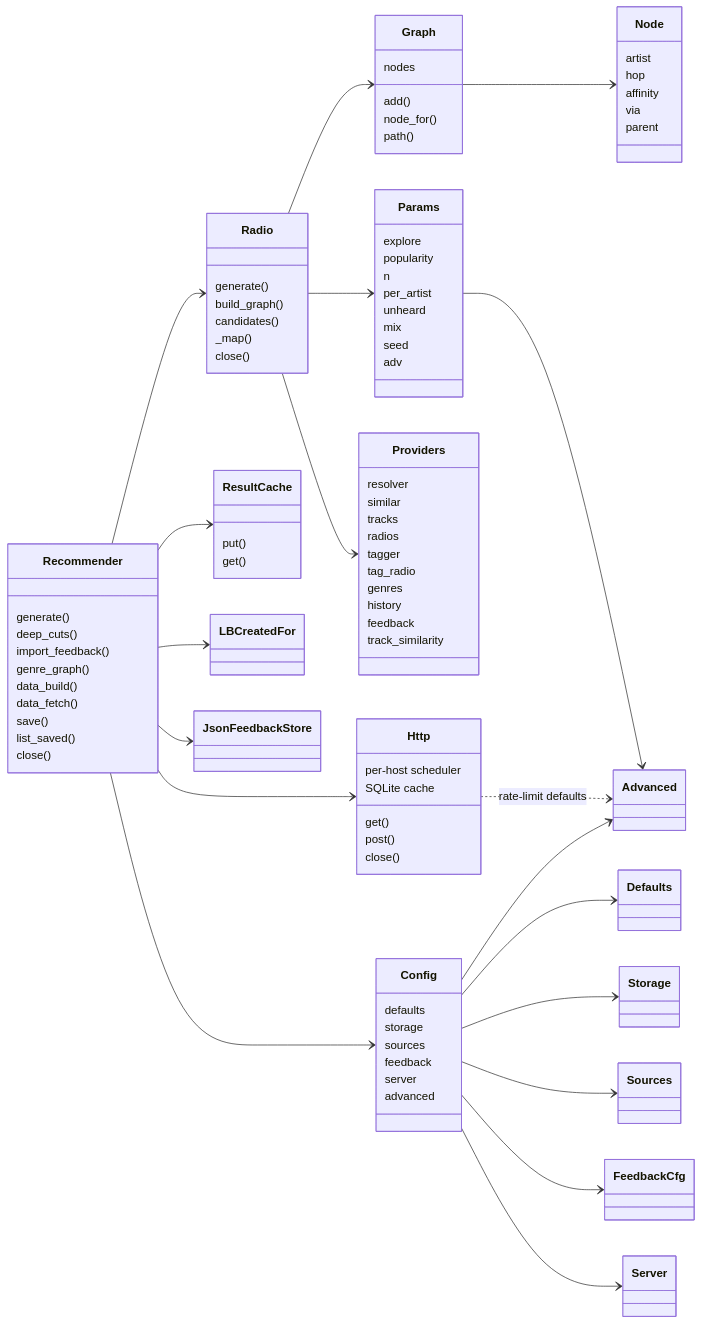
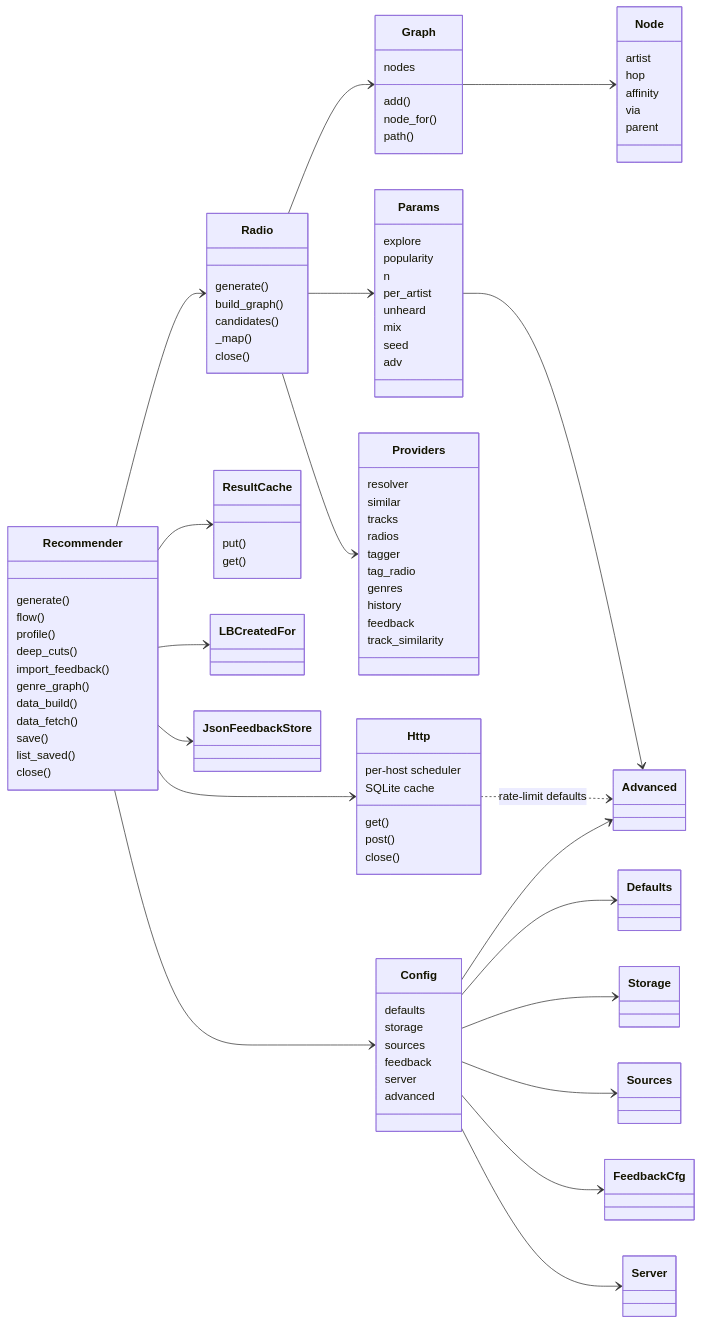
The second of 2 diagrams in docs/classes.md (Goober-nation/Post-Radio), drawn with Mermaid before and after one commit. The commit also changed other lines of this file and 14 other files, not shown here.

First line of the commit message:
Flow mode: a playlist from the user's likes, flowing through genre stops

```diff
--- a/docs/classes.md
+++ b/docs/classes.md
@@ -193,6 +195,8 @@
     }
     class Recommender {
         generate()
+        flow()
+        profile()
         deep_cuts()
         import_feedback()
         genre_graph()
```
